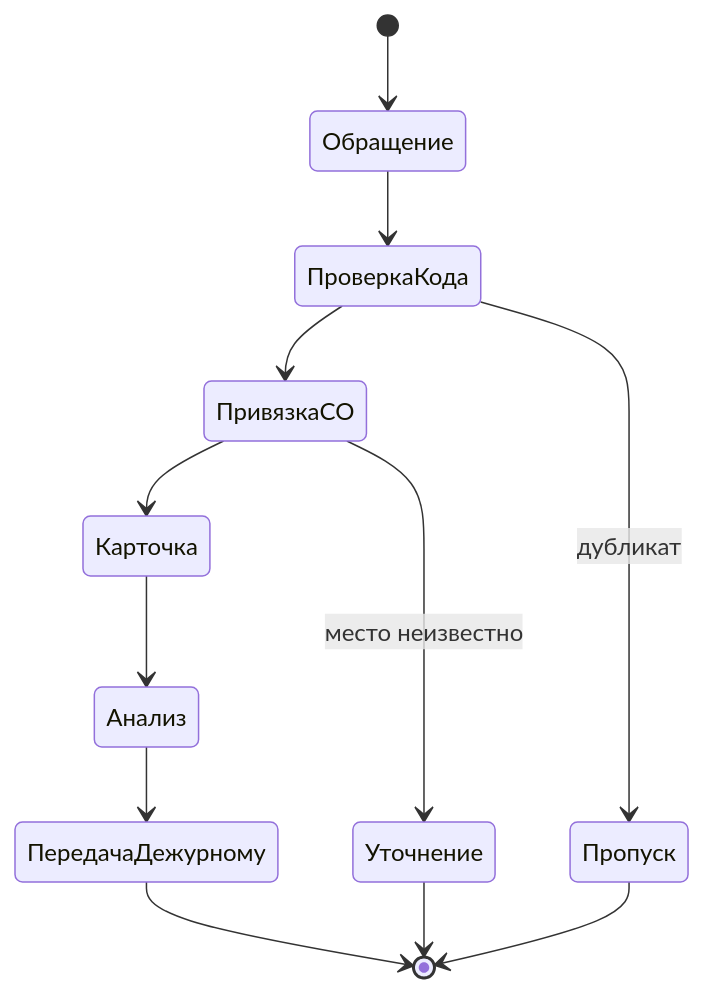
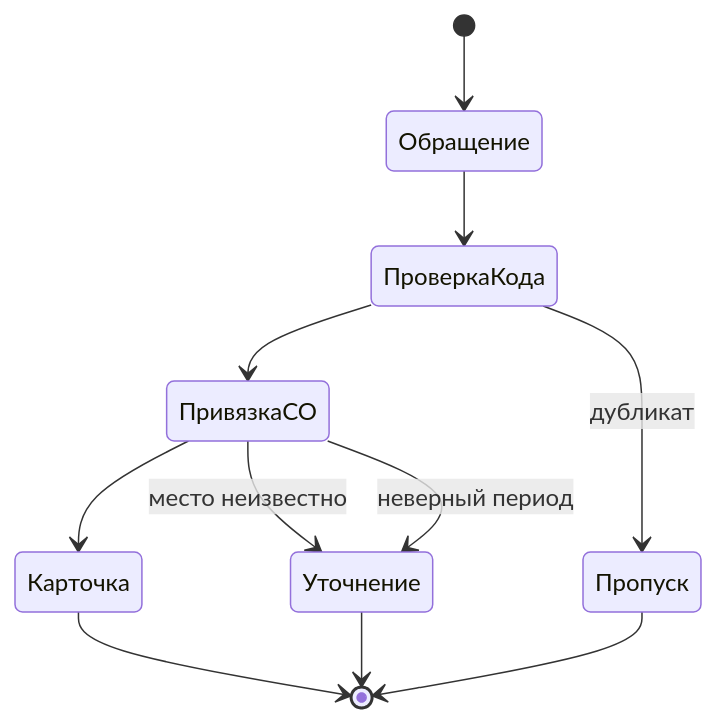
Before and after one commit to glamurplanet/USUDT: the seventh of 7 diagrams in docs/ALGORITHMS.md, drawn with Mermaid. The commit also changed other lines of this file, not shown here.

````diff
--- a/docs/ALGORITHMS.md
+++ b/docs/ALGORITHMS.md
@@ -110,14 +112,13 @@
 ```mermaid
 stateDiagram-v2
     [*] --> Обращение
     Обращение --> ПроверкаКода
     ПроверкаКода --> Пропуск: дубликат
     ПроверкаКода --> ПривязкаСО
     ПривязкаСО --> Уточнение: место неизвестно
+    ПривязкаСО --> Уточнение: неверный период
     ПривязкаСО --> Карточка
-    Карточка --> Анализ
-    Анализ --> ПередачаДежурному
-    ПередачаДежурному --> [*]
+    Карточка --> [*]
     Уточнение --> [*]
     Пропуск --> [*]
 ```
````
